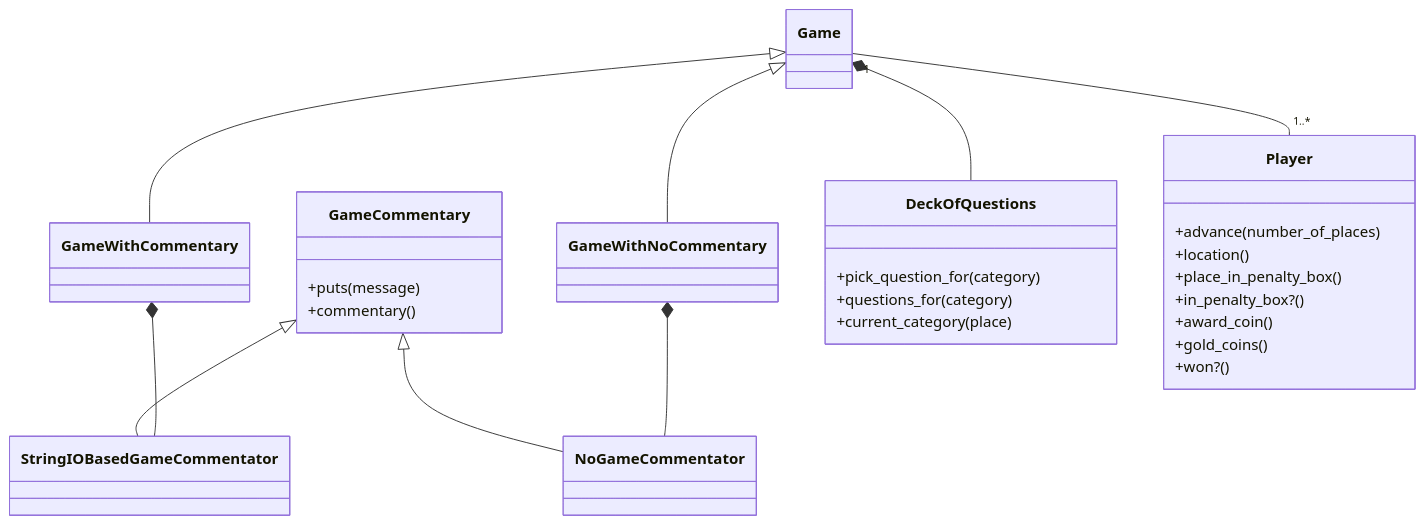
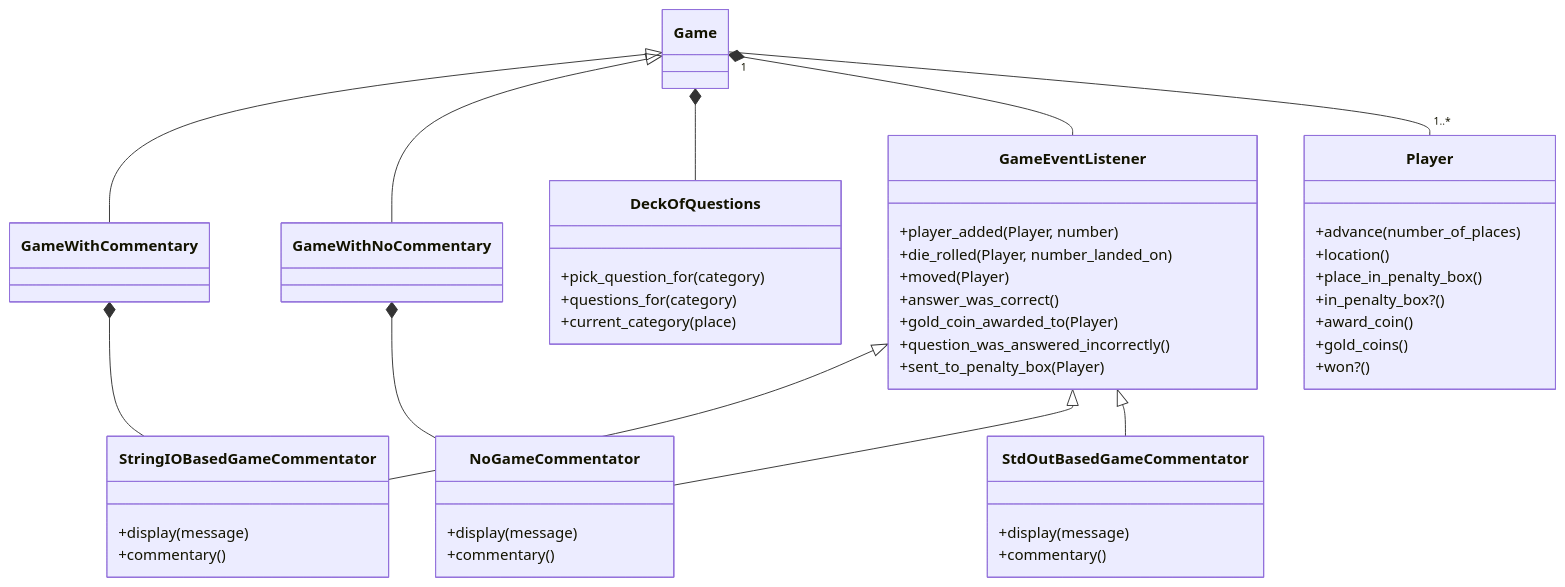
The diagram in ruby/design/current_design.md (hemalvarambhia/trivia), drawn with Mermaid before and after one commit.

Commit message:
documentation: updated the diagram.

````diff
--- a/ruby/design/current_design.md
+++ b/ruby/design/current_design.md
@@ -3,39 +3,57 @@
 ```mermaid
 classDiagram
     Game <|-- GameWithCommentary
     Game <|-- GameWithNoCommentary
 
-    class GameCommentary {
-        +puts(message)
+    class StringIOBasedGameCommentator {
+        +display(message)
         +commentary()
     }
-    class StringIOBasedGameCommentator {
-        
+    class NoGameCommentator {
+        +display(message)
+        +commentary()
     }
-    class NoGameCommentator {
 
+    class StdOutBasedGameCommentator {
+        +display(message)
+        +commentary()
     }
 
     class DeckOfQuestions {
         +pick_question_for(category)
         +questions_for(category)
         +current_category(place)
     }
 
 
     class Player {
         +advance(number_of_places)
         +location()
         +place_in_penalty_box()
         +in_penalty_box?()
         +award_coin()
         +gold_coins()
         +won?()
     }
+
+    class GameEventListener {
+        +player_added(Player, number)
+        +die_rolled(Player, number_landed_on)
+        +moved(Player)
+        +answer_was_correct()
+        +gold_coin_awarded_to(Player)
+        +question_was_answered_incorrectly()
+        +sent_to_penalty_box(Player)
+    }
+
 Game *-- DeckOfQuestions
+Game *-- GameEventListener
 Game "1" -- "1..*" Player
-GameCommentary <|-- StringIOBasedGameCommentator
-GameCommentary <|-- NoGameCommentator
+GameEventListener <|-- StringIOBasedGameCommentator
+GameEventListener <|-- NoGameCommentator
+GameEventListener <|-- StdOutBasedGameCommentator
 GameWithCommentary *-- StringIOBasedGameCommentator  
 GameWithNoCommentary *-- NoGameCommentator
+
+ 
 ```
````
